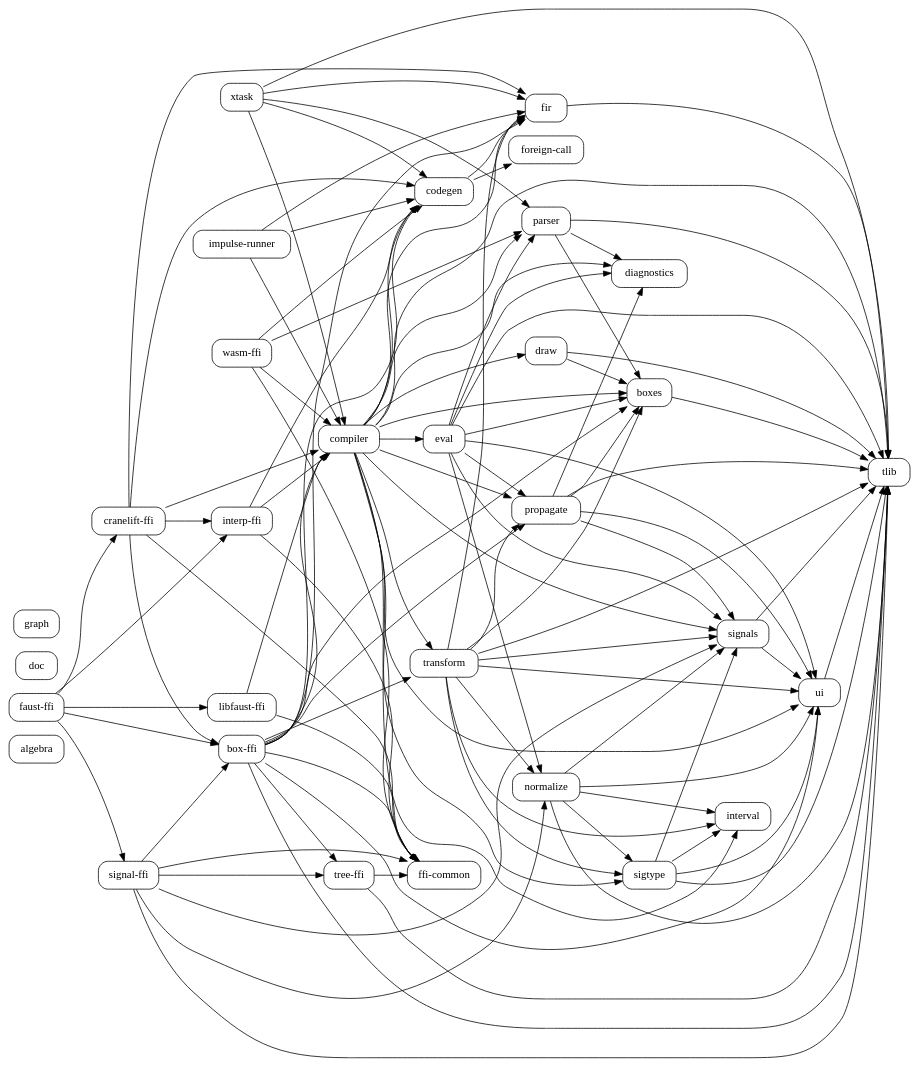
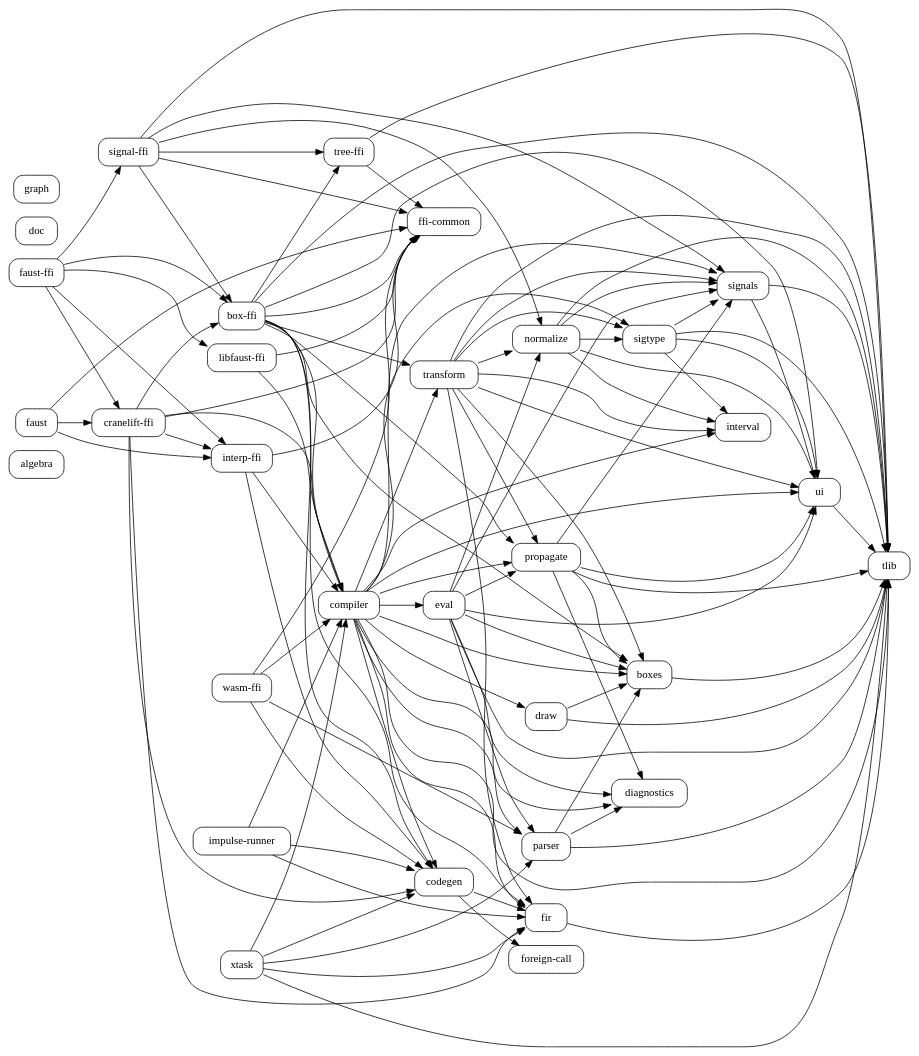
One commit to grame-cncm/faust-rs changed the diagram in docs/code-graphs/internal-crate-deps.dot. Above: the diagram before and after it, drawn with Graphviz. The commit also changed 10 other files, not shown here.

```diff
--- a/docs/code-graphs/internal-crate-deps.dot
+++ b/docs/code-graphs/internal-crate-deps.dot
@@ -1,138 +1,142 @@
 digraph workspace_crates {
     rankdir=LR;
     node [shape=box, style="rounded"];
     "algebra";
     "box-ffi";
     "boxes";
     "codegen";
     "compiler";
     "cranelift-ffi";
     "diagnostics";
     "doc";
     "draw";
     "eval";
+    "faust";
     "faust-ffi";
     "ffi-common";
     "fir";
     "foreign-call";
     "graph";
     "impulse-runner";
     "interp-ffi";
     "interval";
     "libfaust-ffi";
     "normalize";
     "parser";
     "propagate";
     "signal-ffi";
     "signals";
     "sigtype";
     "tlib";
     "transform";
     "tree-ffi";
     "ui";
     "wasm-ffi";
     "xtask";
     "box-ffi" -> "boxes";
     "box-ffi" -> "codegen";
     "box-ffi" -> "compiler";
     "box-ffi" -> "ffi-common";
     "box-ffi" -> "fir";
     "box-ffi" -> "propagate";
     "box-ffi" -> "tlib";
     "box-ffi" -> "transform";
     "box-ffi" -> "tree-ffi";
     "box-ffi" -> "ui";
     "boxes" -> "tlib";
     "codegen" -> "fir";
     "codegen" -> "foreign-call";
     "compiler" -> "boxes";
     "compiler" -> "codegen";
     "compiler" -> "diagnostics";
     "compiler" -> "draw";
     "compiler" -> "eval";
     "compiler" -> "fir";
     "compiler" -> "interval";
     "compiler" -> "parser";
     "compiler" -> "propagate";
     "compiler" -> "signals";
     "compiler" -> "sigtype";
     "compiler" -> "tlib";
     "compiler" -> "transform";
     "compiler" -> "ui";
     "cranelift-ffi" -> "box-ffi";
     "cranelift-ffi" -> "codegen";
     "cranelift-ffi" -> "compiler";
     "cranelift-ffi" -> "ffi-common";
     "cranelift-ffi" -> "fir";
     "cranelift-ffi" -> "interp-ffi";
     "draw" -> "boxes";
     "draw" -> "tlib";
     "eval" -> "boxes";
     "eval" -> "diagnostics";
     "eval" -> "normalize";
     "eval" -> "parser";
     "eval" -> "propagate";
     "eval" -> "signals";
     "eval" -> "tlib";
     "eval" -> "ui";
+    "faust" -> "cranelift-ffi";
+    "faust" -> "ffi-common";
+    "faust" -> "interp-ffi";
     "faust-ffi" -> "box-ffi";
     "faust-ffi" -> "cranelift-ffi";
     "faust-ffi" -> "interp-ffi";
     "faust-ffi" -> "libfaust-ffi";
     "faust-ffi" -> "signal-ffi";
     "fir" -> "tlib";
     "impulse-runner" -> "codegen";
     "impulse-runner" -> "compiler";
     "impulse-runner" -> "fir";
     "interp-ffi" -> "codegen";
     "interp-ffi" -> "compiler";
     "interp-ffi" -> "ffi-common";
     "libfaust-ffi" -> "compiler";
     "libfaust-ffi" -> "ffi-common";
     "normalize" -> "interval";
     "normalize" -> "signals";
     "normalize" -> "sigtype";
     "normalize" -> "tlib";
     "normalize" -> "ui";
     "parser" -> "boxes";
     "parser" -> "diagnostics";
     "parser" -> "tlib";
     "propagate" -> "boxes";
     "propagate" -> "diagnostics";
     "propagate" -> "signals";
     "propagate" -> "tlib";
     "propagate" -> "ui";
     "signal-ffi" -> "box-ffi";
     "signal-ffi" -> "ffi-common";
     "signal-ffi" -> "normalize";
     "signal-ffi" -> "signals";
     "signal-ffi" -> "tlib";
     "signal-ffi" -> "tree-ffi";
     "signals" -> "tlib";
     "signals" -> "ui";
     "sigtype" -> "interval";
     "sigtype" -> "signals";
     "sigtype" -> "tlib";
     "sigtype" -> "ui";
     "transform" -> "boxes";
     "transform" -> "fir";
     "transform" -> "interval";
     "transform" -> "normalize";
     "transform" -> "propagate";
     "transform" -> "signals";
     "transform" -> "sigtype";
     "transform" -> "tlib";
     "transform" -> "ui";
     "tree-ffi" -> "ffi-common";
     "tree-ffi" -> "tlib";
     "ui" -> "tlib";
     "wasm-ffi" -> "codegen";
     "wasm-ffi" -> "compiler";
     "wasm-ffi" -> "ffi-common";
     "wasm-ffi" -> "parser";
     "xtask" -> "codegen";
     "xtask" -> "compiler";
     "xtask" -> "fir";
     "xtask" -> "parser";
     "xtask" -> "tlib";
 }
```
